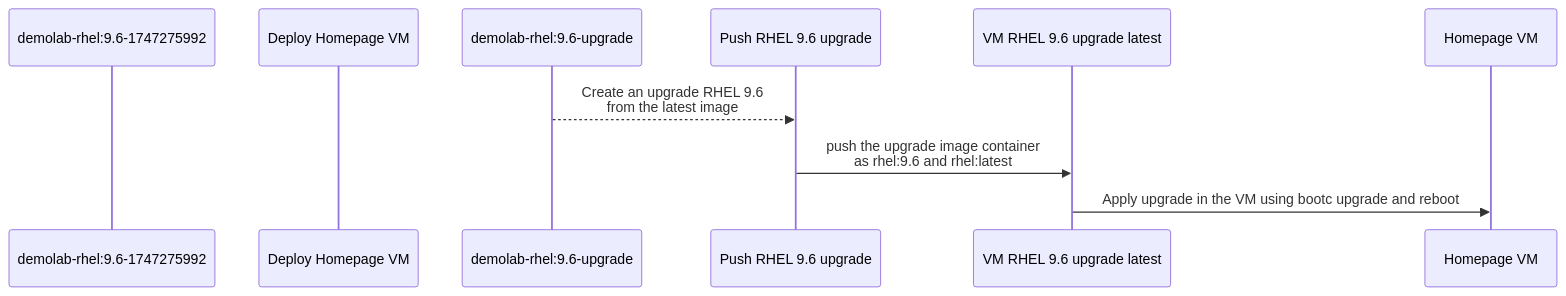
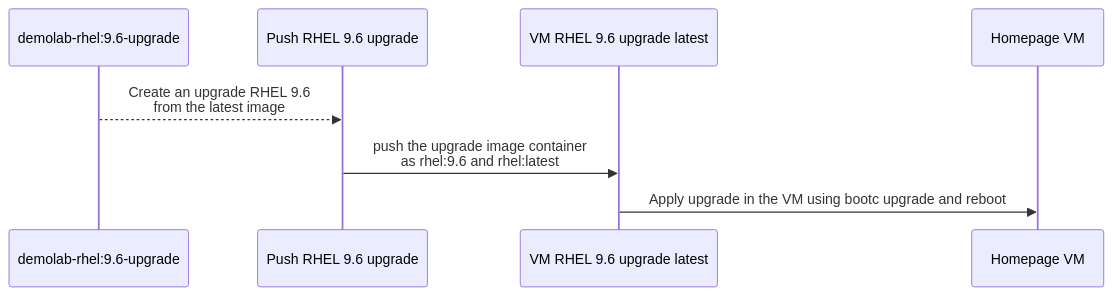
One commit to jvdbreggen/imagemodedemo changed the fourth of 8 diagrams in README.md. Above: the diagram before and after it, drawn with Mermaid. The commit also changed other lines of this file, not shown here.

Commit message:
remove blank actors from sequence diagrams

````diff
--- a/README.md
+++ b/README.md
@@ -245,15 +245,15 @@
 ```mermaid
 sequenceDiagram
     %% Actors
-    participant Demolab96 as demolab-rhel:9.6-1747275992
-    participant HomepageVM1 as Deploy Homepage VM
+    %% participant Demolab96 as demolab-rhel:9.6-1747275992
+    %% participant HomepageVM1 as Deploy Homepage VM
     participant Demolab96Upgrade as demolab-rhel:9.6-upgrade
     participant PushRHEL96Upgrade as Push RHEL 9.6 upgrade
     participant VMRHEL96UpgradeLatest as VM RHEL 9.6 upgrade latest
     participant HomepageVM as Homepage VM
 
     %% Upgrade path
     Demolab96Upgrade-->>PushRHEL96Upgrade: Create an upgrade RHEL 9.6<br/>from the latest image 
     PushRHEL96Upgrade->>VMRHEL96UpgradeLatest: push the upgrade image container<br/>as rhel:9.6 and rhel:latest
     VMRHEL96UpgradeLatest->>HomepageVM: Apply upgrade in the VM using bootc upgrade and reboot
 ```
````
